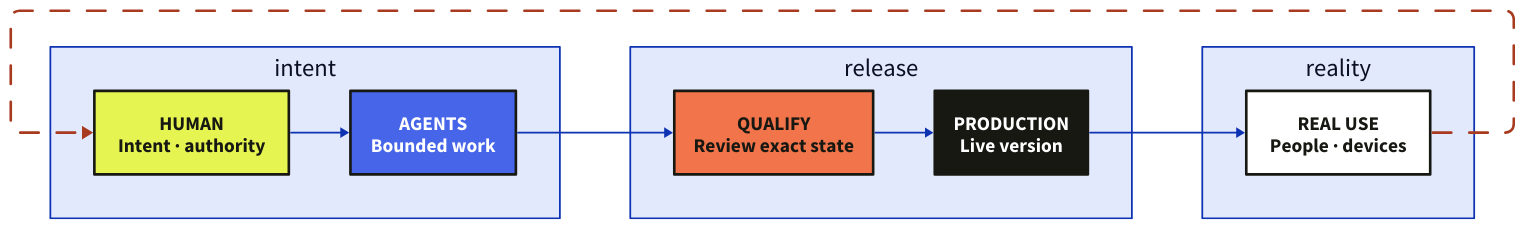
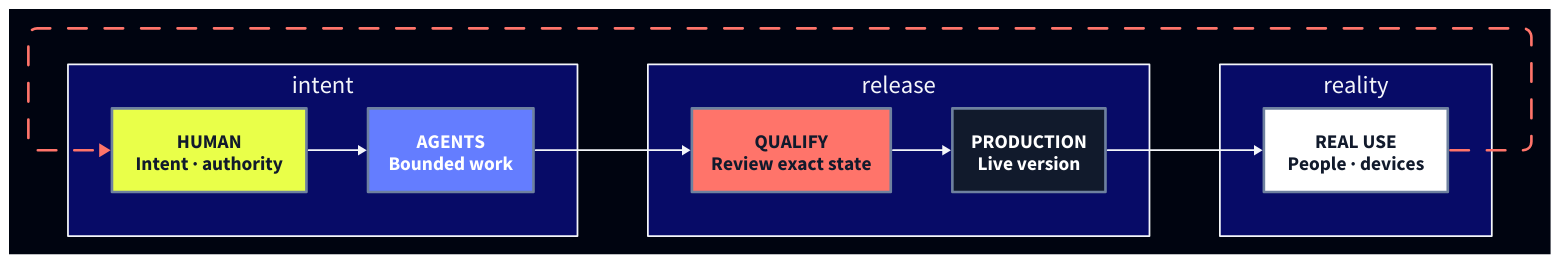
Before and after one commit to loftwah/woodhouse-new: the diagram in diagrams/factory-flow.d2, drawn with D2. The commit also changed 105 other files, not shown here.

```diff
--- a/diagrams/factory-flow.d2
+++ b/diagrams/factory-flow.d2
@@ -1,25 +1,25 @@
 direction: right
-vars: {d2-config: {layout-engine: elk; theme-id: 0}}
+vars: {d2-config: {layout-engine: elk; theme-id: 201}}
 
 intent: {
   direction: down
-  human: "HUMAN\nIntent · authority" {style.fill: "#E6F451"; style.stroke: "#171812"; style.stroke-width: 3; style.font-color: "#171812"; style.font-size: 22; style.bold: true}
-  agents: "AGENTS\nBounded work" {style.fill: "#4665E8"; style.stroke: "#171812"; style.stroke-width: 3; style.font-color: "#FFFFFF"; style.font-size: 22; style.bold: true}
+  human: "HUMAN\nIntent · authority" {style.fill: "#E9FF49"; style.stroke: "#6E819F"; style.stroke-width: 3; style.font-color: "#111A2C"; style.font-size: 22; style.bold: true}
+  agents: "AGENTS\nBounded work" {style.fill: "#647DFF"; style.stroke: "#6E819F"; style.stroke-width: 3; style.font-color: "#FFFFFF"; style.font-size: 22; style.bold: true}
   human -> agents
 }
 
 release: {
   direction: down
-  qualification: "QUALIFY\nReview exact state" {style.fill: "#F2744A"; style.stroke: "#171812"; style.stroke-width: 3; style.font-color: "#171812"; style.font-size: 22; style.bold: true}
-  production: "PRODUCTION\nLive version" {style.fill: "#171812"; style.stroke: "#171812"; style.stroke-width: 3; style.font-color: "#FFFFFF"; style.font-size: 22; style.bold: true}
+  qualification: "QUALIFY\nReview exact state" {style.fill: "#FF746A"; style.stroke: "#6E819F"; style.stroke-width: 3; style.font-color: "#111A2C"; style.font-size: 22; style.bold: true}
+  production: "PRODUCTION\nLive version" {style.fill: "#111A2C"; style.stroke: "#6E819F"; style.stroke-width: 3; style.font-color: "#FFFFFF"; style.font-size: 22; style.bold: true}
   qualification -> production
 }
 
 reality: {
   direction: down
-  use: "REAL USE\nPeople · devices" {style.fill: "#FFFFFF"; style.stroke: "#171812"; style.stroke-width: 3; style.font-color: "#171812"; style.font-size: 22; style.bold: true}
+  use: "REAL USE\nPeople · devices" {style.fill: "#FFFFFF"; style.stroke: "#6E819F"; style.stroke-width: 3; style.font-color: "#111A2C"; style.font-size: 22; style.bold: true}
 }
 
 intent.agents -> release.qualification
 release.production -> reality.use
-reality.use -> intent.human {style.stroke: "#A83A20"; style.stroke-width: 3; style.stroke-dash: 7}
+reality.use -> intent.human {style.stroke: "#FF746A"; style.stroke-width: 3; style.stroke-dash: 7}
```
